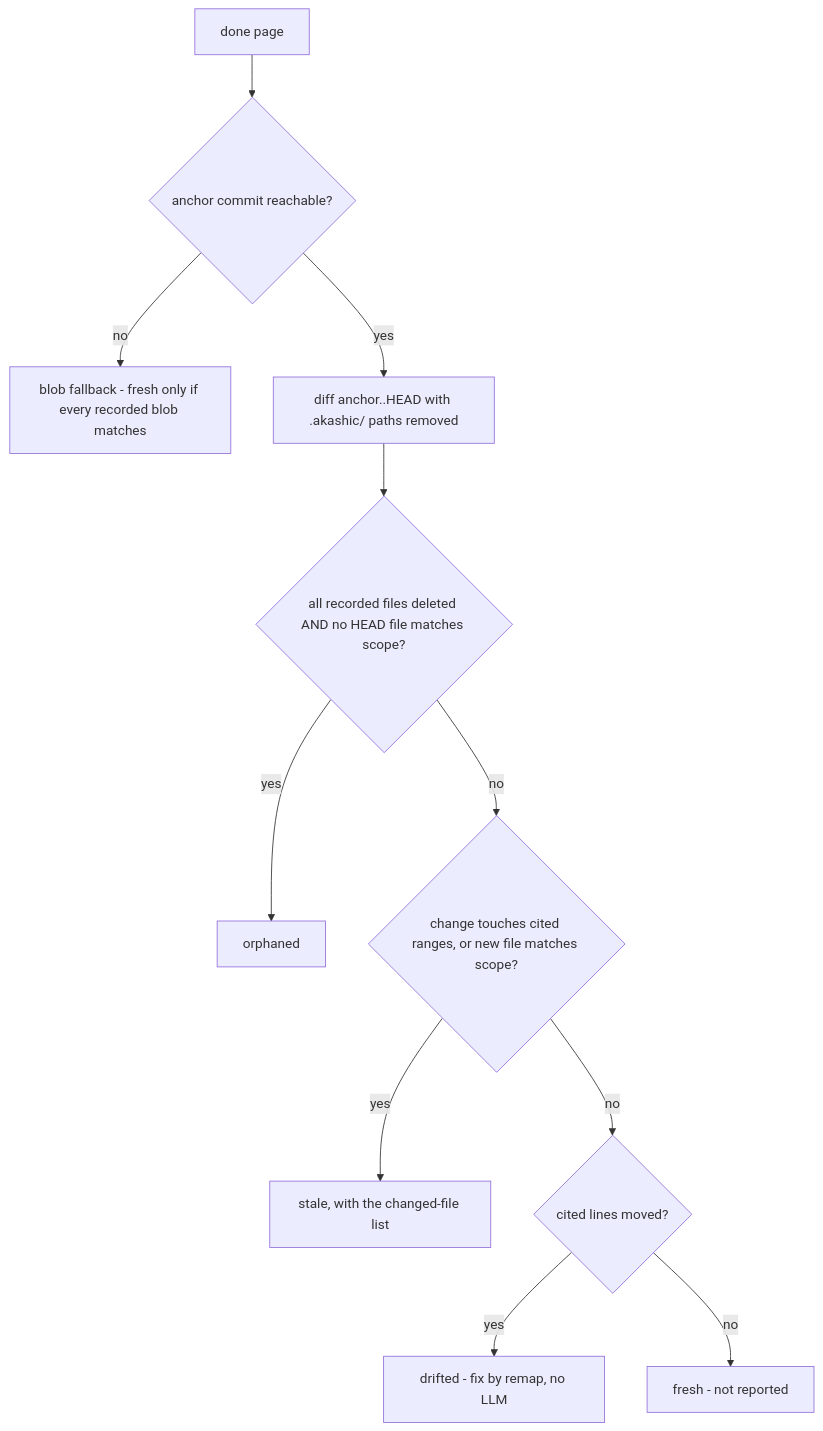
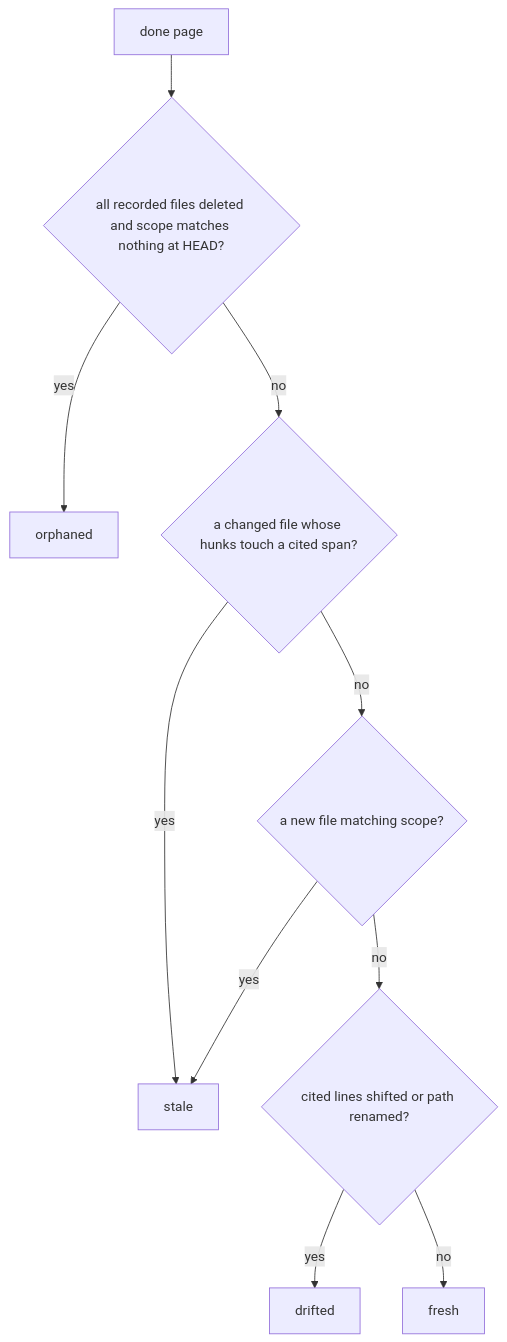
Before and after one commit to ARMeeru/akashic-record: the diagram in .akashic/wiki/deterministic-core.md, drawn with Mermaid. The commit also changed other lines of this file and 3 other files, not shown here.

````diff
--- a/.akashic/wiki/deterministic-core.md
+++ b/.akashic/wiki/deterministic-core.md
@@ -67,13 +40,12 @@
 ```mermaid
 flowchart TD
-    P[done page] --> R{anchor commit reachable?}
-    R -- no --> FB[blob fallback - fresh only if every recorded blob matches]
-    R -- yes --> D[diff anchor..HEAD with .akashic/ paths removed]
-    D --> O{all recorded files deleted AND no HEAD file matches scope?}
-    O -- yes --> ORPH[orphaned]
-    O -- no --> H{change touches cited ranges, or new file matches scope?}
-    H -- yes --> ST[stale, with the changed-file list]
-    H -- no --> DR{cited lines moved?}
-    DR -- yes --> DRIFT[drifted - fix by remap, no LLM]
-    DR -- no --> F[fresh - not reported]
+  A[done page] --> B{all recorded files deleted and scope matches nothing at HEAD?}
+  B -- yes --> C[orphaned]
+  B -- no --> D{a changed file whose hunks touch a cited span?}
+  D -- yes --> E[stale]
+  D -- no --> F{a new file matching scope?}
+  F -- yes --> E
+  F -- no --> G{cited lines shifted or path renamed?}
+  G -- yes --> H[drifted]
+  G -- no --> I[fresh]
 ```
````
